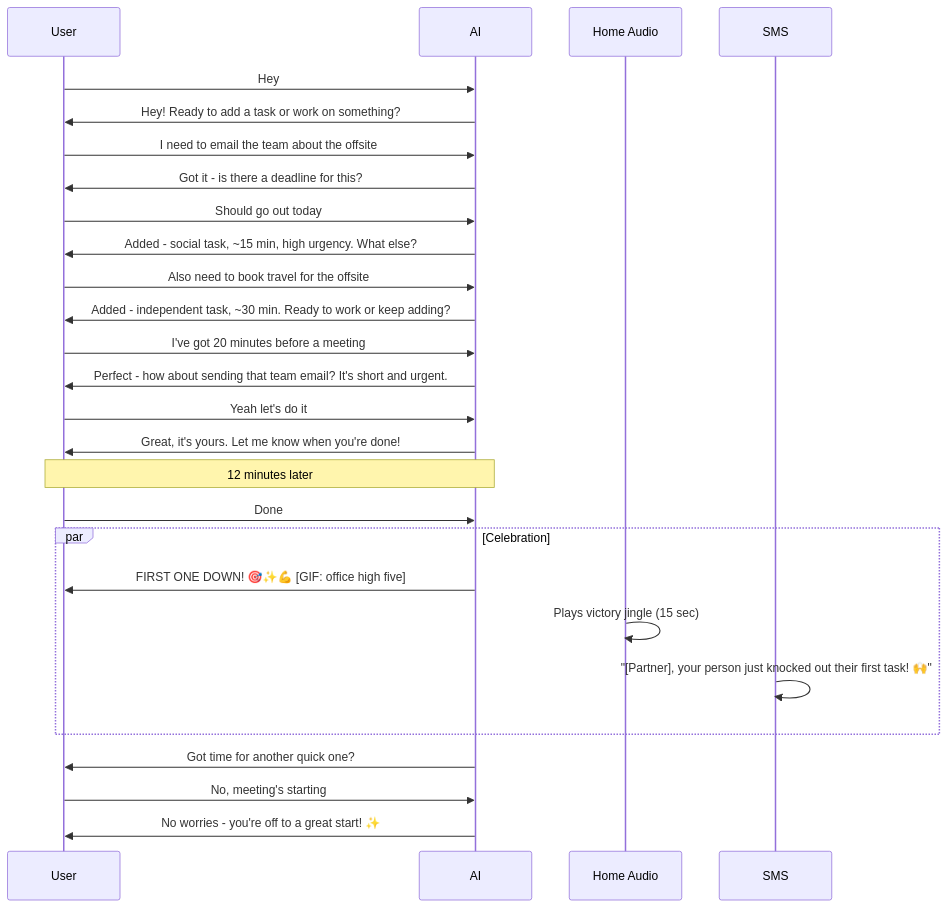
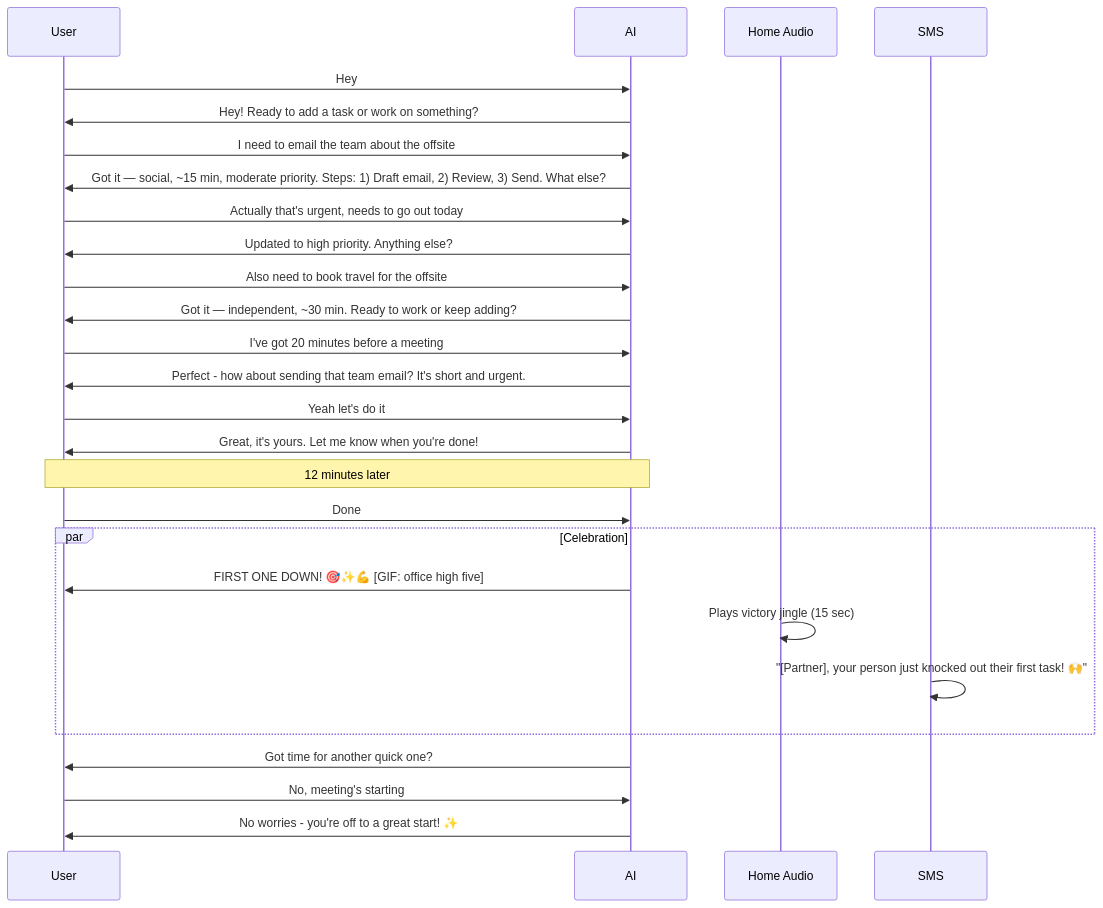
Diagram 27 of 28 in docs/user-interactions.md (NickBorgersProbably/hide-my-list), drawn with Mermaid before and after one commit. The commit also changed 2 other files, not shown here.

Commit message:
Fix stale docs flagged by peer reviewers
Apply fixes identified by Code Review, Docs Review, and Psych Review:

- task-lifecycle.md: Update Intake state description from 'AI asking
  questions' to 'AI inferring labels'
- task-lifecycle.md: Replace confidence-based flowchart with
  inference-first + reactive correction flow
- ai-prompts.md: Remove 'Intake --> Intake: Clarifying' self-loop
  from conversation state diagram
- user-interactions.md: Replace question-based example exchange
  with inference-first pattern showing reactive correction

````diff
--- a/docs/user-interactions.md
+++ b/docs/user-interactions.md
@@ -787,37 +787,37 @@
 ```mermaid
 sequenceDiagram
     participant U as User
     participant AI as AI
     participant HA as Home Audio
     participant SMS as SMS
 
     U->>AI: Hey
     AI->>U: Hey! Ready to add a task or work on something?
 
     U->>AI: I need to email the team about the offsite
-    AI->>U: Got it - is there a deadline for this?
-    U->>AI: Should go out today
-    AI->>U: Added - social task, ~15 min, high urgency. What else?
+    AI->>U: Got it — social, ~15 min, moderate priority. Steps: 1) Draft email, 2) Review, 3) Send. What else?
+    U->>AI: Actually that's urgent, needs to go out today
+    AI->>U: Updated to high priority. Anything else?
 
     U->>AI: Also need to book travel for the offsite
-    AI->>U: Added - independent task, ~30 min. Ready to work or keep adding?
+    AI->>U: Got it — independent, ~30 min. Ready to work or keep adding?
 
     U->>AI: I've got 20 minutes before a meeting
     AI->>U: Perfect - how about sending that team email? It's short and urgent.
     U->>AI: Yeah let's do it
     AI->>U: Great, it's yours. Let me know when you're done!
 
     Note over U,AI: 12 minutes later
 
     U->>AI: Done
 
     par Celebration
         AI->>U: FIRST ONE DOWN! 🎯✨💪 [GIF: office high five]
         HA->>HA: Plays victory jingle (15 sec)
         SMS->>SMS: "[Partner], your person just knocked out their first task! 🙌"
     end
 
     AI->>U: Got time for another quick one?
     U->>AI: No, meeting's starting
     AI->>U: No worries - you're off to a great start! ✨
 ```
````
